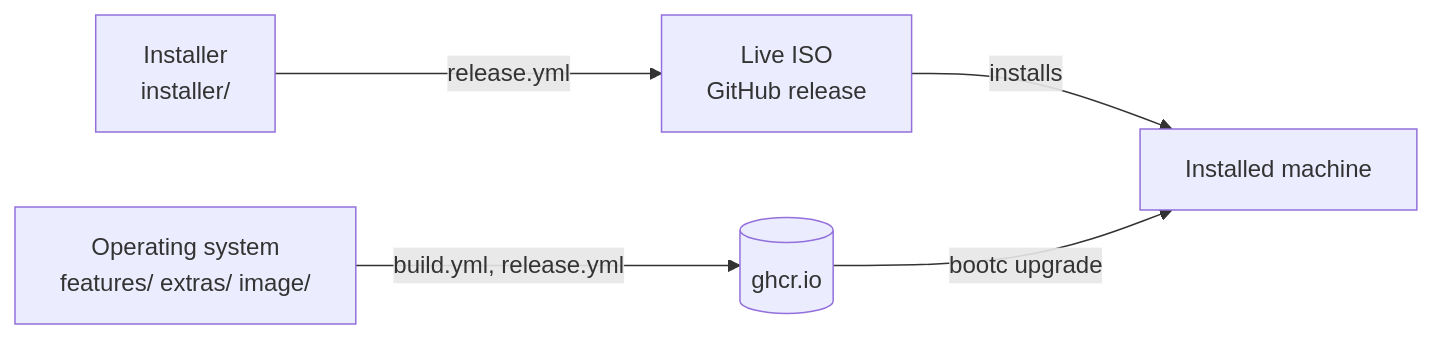
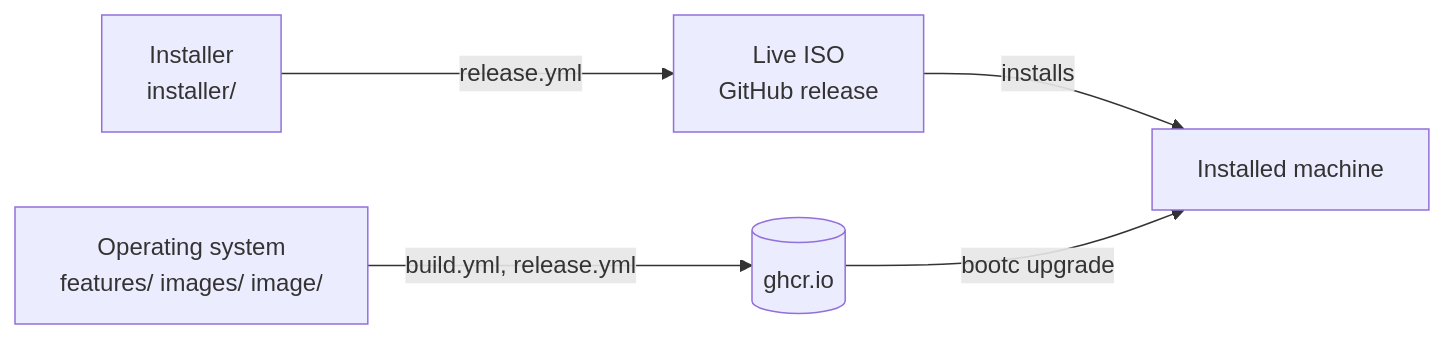
One commit to LucaRickli/fedora-bootc changed the diagram in README.md. Above: the diagram before and after it, drawn with Mermaid. The commit also changed other lines of this file and 84 other files, not shown here.

````diff
--- a/README.md
+++ b/README.md
@@ -12,7 +12,7 @@
 ```mermaid
 flowchart LR
-    os["Operating system<br/>features/ extras/ image/"] -- "build.yml, release.yml" --> ghcr[("ghcr.io")]
+    os["Operating system<br/>features/ images/ image/"] -- "build.yml, release.yml" --> ghcr[("ghcr.io")]
     ins["Installer<br/>installer/"] -- "release.yml" --> iso["Live ISO<br/>GitHub release"]
     iso -- "installs" --> pc["Installed machine"]
     ghcr -- "bootc upgrade" --> pc
 ```
````
